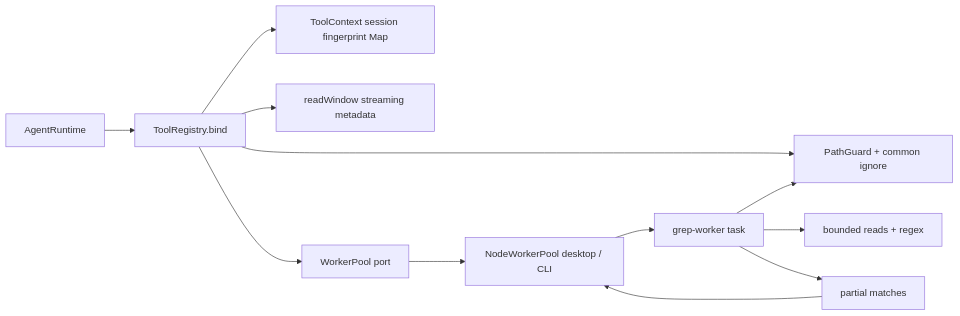
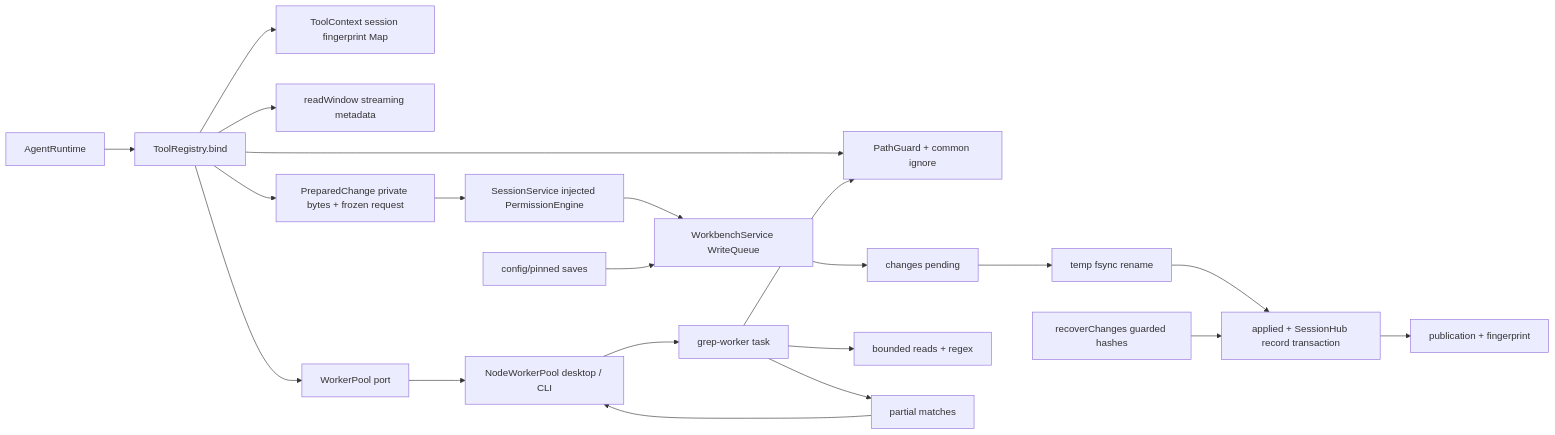
One commit to DDP-Engineering/2026_Virtual_Embedded_Rig_Assistant changed the diagram in .agentic/knowledge/file-tools.md. Above: the diagram before and after it, drawn with Mermaid. The commit also changed other lines of this file and 42 other files, not shown here.

````diff
--- a/.agentic/knowledge/file-tools.md
+++ b/.agentic/knowledge/file-tools.md
@@ -57,14 +66,23 @@
 ```mermaid
 flowchart LR
  Runtime[AgentRuntime] --> Registry[ToolRegistry.bind]
  Registry --> Context[ToolContext session fingerprint Map]
  Registry --> Guard[PathGuard + common ignore]
  Registry --> Read[readWindow streaming metadata]
+ Registry --> Prepared[PreparedChange private bytes + frozen request]
+ Prepared --> Permission[SessionService injected PermissionEngine]
+ Permission --> Queue[WorkbenchService WriteQueue]
+ AppSaves[config/pinned saves] --> Queue
+ Queue --> Pending[changes pending]
+ Pending --> Rename[temp fsync rename]
+ Rename --> Applied[applied + SessionHub record transaction]
+ Applied --> Event[publication + fingerprint]
+ Recovery[recoverChanges guarded hashes] --> Applied
  Registry --> Pool[WorkerPool port]
  Pool --> Host[NodeWorkerPool desktop / CLI]
  Host --> Worker[grep-worker task]
  Worker --> Guard
  Worker --> Files[bounded reads + regex]
  Worker --> Partial[partial matches]
  Partial --> Host
 ```
````
